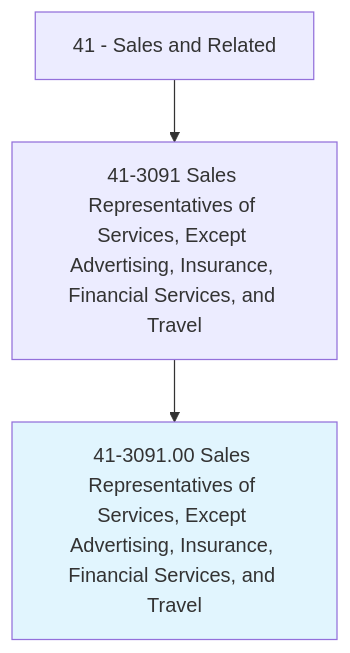
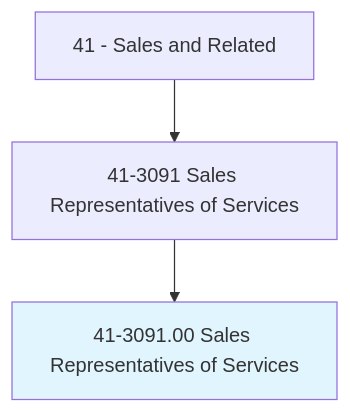
Before and after one commit to kziemski/business.org.ai: the first of 4 diagrams in occupations/Sales/SalesRepresentativesOfServicesExceptAdvertisingInsuranceFinancialServicesAndTravel.mdx, drawn with Mermaid. The commit also changed other lines of this file and 938 other files, not shown here.

````diff
--- a/occupations/Sales/SalesRepresentativesOfServicesExceptAdvertisingInsuranceFinancialServicesAndTravel.mdx
+++ b/occupations/Sales/SalesRepresentativesOfServicesExceptAdvertisingInsuranceFinancialServicesAndTravel.mdx
@@ -19,6 +23,6 @@
 ```mermaid
 graph TD
-    Cat41["41 - Sales and Related"] --> Group413091["41-3091 Sales Representatives of Services, Except Advertising, Insurance, Financial Services, and Travel"]
-    Group413091 --> Current["41-3091.00 Sales Representatives of Services, Except Advertising, Insurance, Financial Services, and Travel"]
+    Cat41["41 - Sales and Related"] --> Group413091["41-3091 Sales Representatives of Services"]
+    Group413091 --> Current["41-3091.00 Sales Representatives of Services"]
     style Current fill:#e1f5fe
 ```
````
